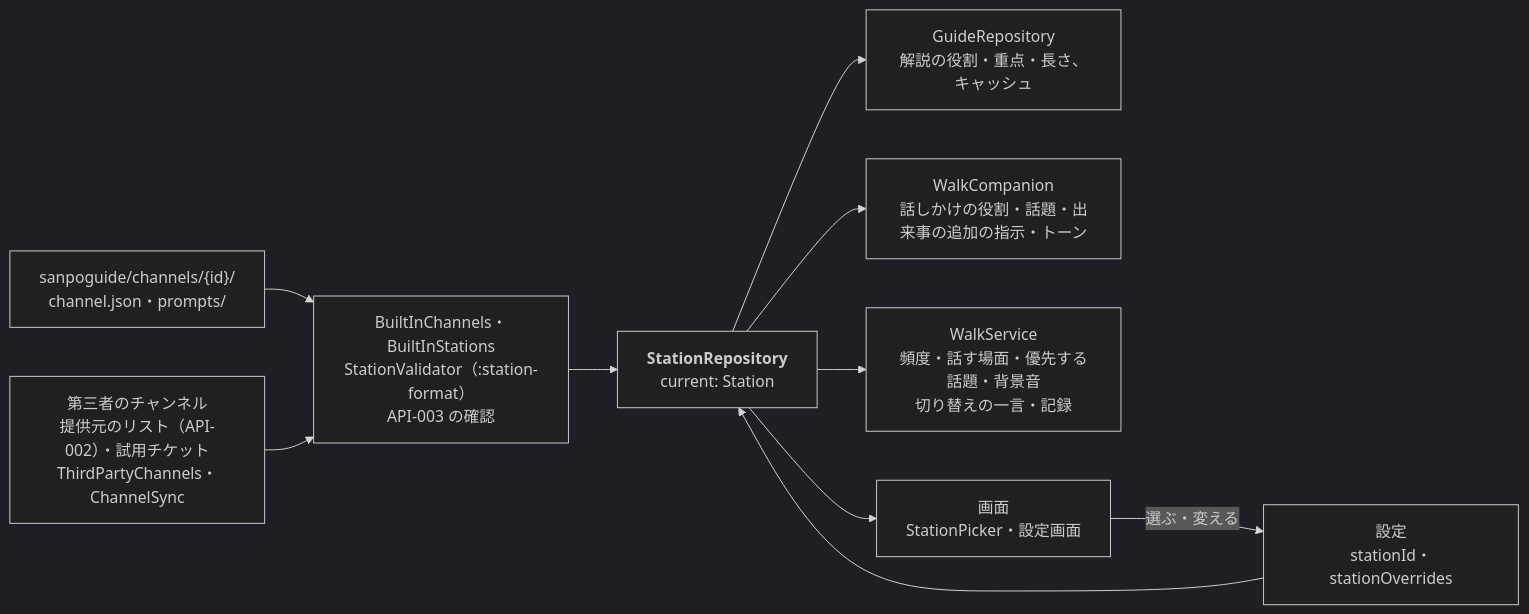
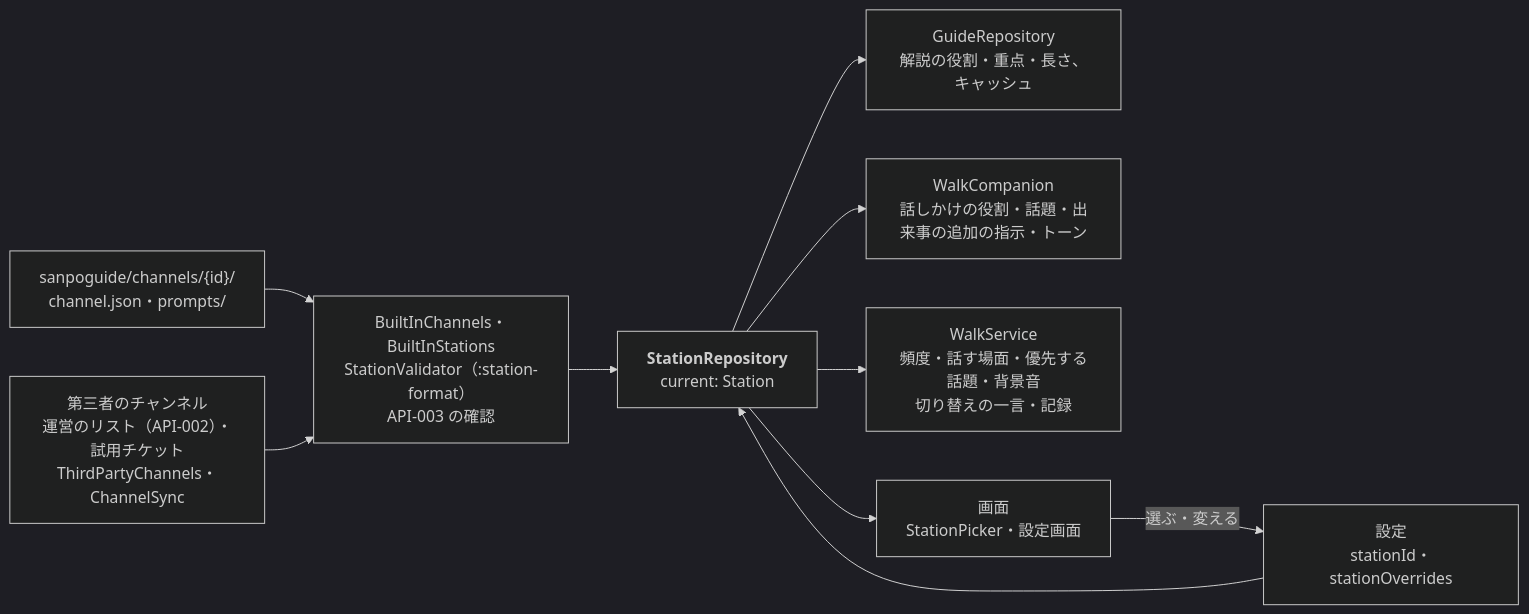
One commit to duwenji/yorisoi-sanpoguide changed the seventh of 8 diagrams in docs/architecture.md. Above: the diagram before and after it, drawn with Mermaid (dark theme). The commit also changed other lines of this file and 25 other files, not shown here.

````diff
--- a/docs/architecture.md
+++ b/docs/architecture.md
@@ -196,12 +223,12 @@
 ```mermaid
 flowchart LR
   Assets["sanpoguide/channels/{id}/<br/>channel.json・prompts/"] --> Check["BuiltInChannels・BuiltInStations<br/>StationValidator（:station-format）<br/>API-003 の確認"]
-  ThirdParty["第三者のチャンネル<br/>提供元のリスト（API-002）・試用チケット<br/>ThirdPartyChannels・ChannelSync"] --> Check
+  ThirdParty["第三者のチャンネル<br/>運営のリスト（API-002）・試用チケット<br/>ThirdPartyChannels・ChannelSync"] --> Check
   Check --> Repo["<b>StationRepository</b><br/>current: Station"]
   Settings["設定<br/>stationId・stationOverrides"] --> Repo
   Repo --> Guide["GuideRepository<br/>解説の役割・重点・長さ、キャッシュ"]
   Repo --> Companion["WalkCompanion<br/>話しかけの役割・話題・出来事の追加の指示・トーン"]
   Repo --> Walk["WalkService<br/>頻度・話す場面・優先する話題・背景音<br/>切り替えの一言・記録"]
   Repo --> Screens["画面<br/>StationPicker・設定画面"]
   Screens -- "選ぶ・変える" --> Settings
 ```
````
